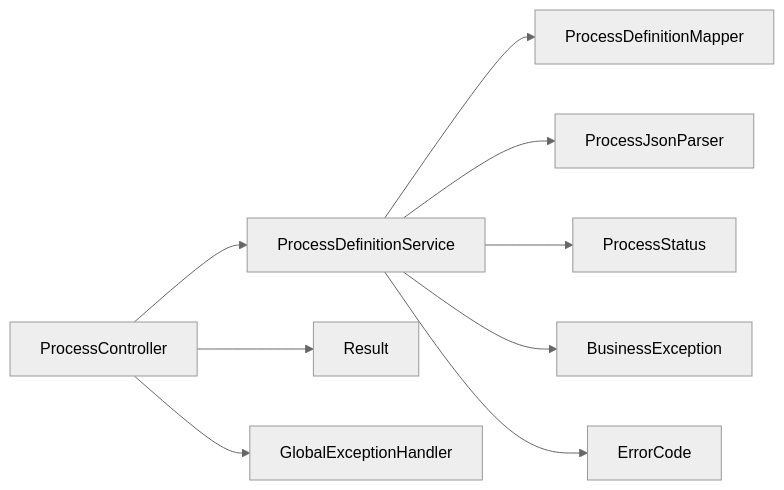
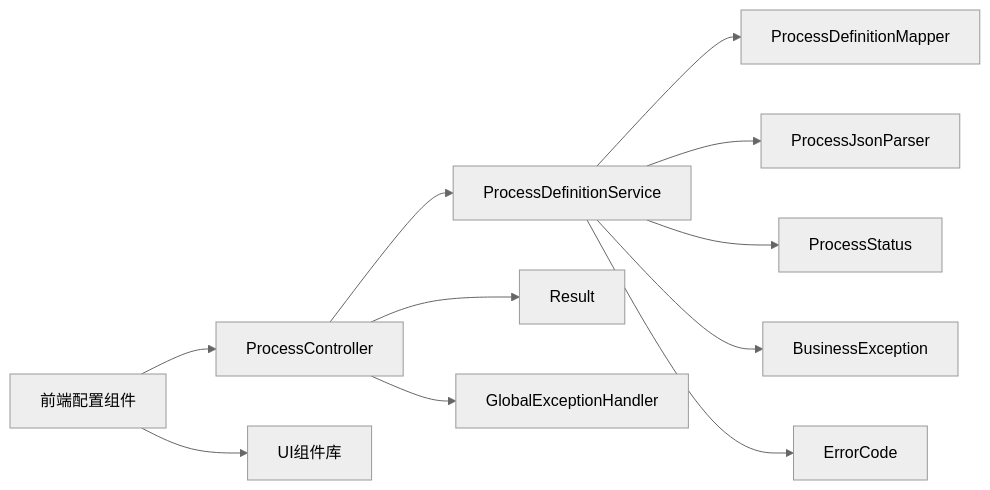
The sixth of 6 diagrams in .qoder/repowiki/zh/content/流程管理/流程定义管理.md (liming-lihaini/workflow), drawn with Mermaid (neutral theme) before and after one commit. The commit also changed other lines of this file and 30 other files, not shown here.

````diff
--- a/.qoder/repowiki/zh/content/流程管理/流程定义管理.md
+++ b/.qoder/repowiki/zh/content/流程管理/流程定义管理.md
@@ -299,11 +359,13 @@
 ```mermaid
 graph LR
 Ctrl["ProcessController"] --> Svc["ProcessDefinitionService"]
 Svc --> Mapper["ProcessDefinitionMapper"]
 Svc --> Parser["ProcessJsonParser"]
 Svc --> Status["ProcessStatus"]
 Svc --> BizEx["BusinessException"]
 Svc --> ErrCode["ErrorCode"]
 Ctrl --> Result["Result"]
 Ctrl --> GlobalEx["GlobalExceptionHandler"]
+Frontend["前端配置组件"] --> Ctrl
+Frontend --> UI["UI组件库"]
 ```
````
